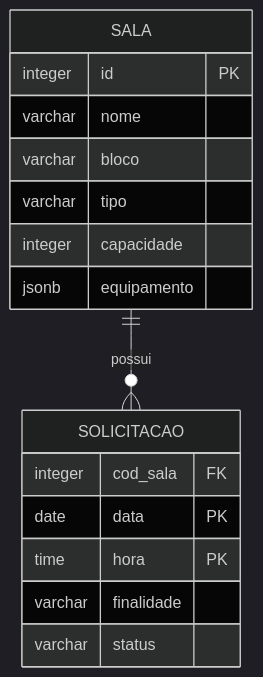
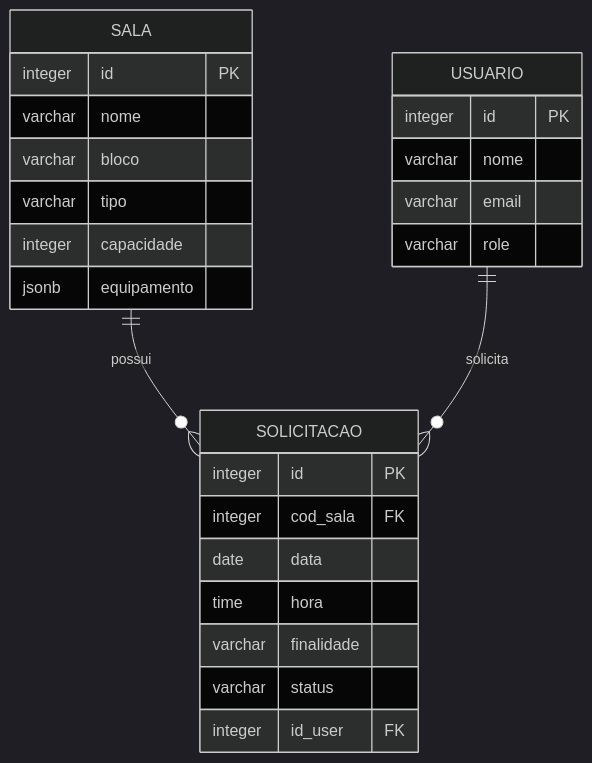
One commit to iago-cardoso8/lp2-clicksala changed the diagram in docs/erd.mmd. Above: the diagram before and after it, drawn with Mermaid (dark theme). The commit also changed 27 other files, not shown here.

```diff
--- a/docs/erd.mmd
+++ b/docs/erd.mmd
@@ -1,17 +1,26 @@
 erDiagram
     SALA {
         integer id PK
         varchar nome
         varchar bloco
         varchar tipo
         integer capacidade
         jsonb equipamento
     }
+    USUARIO {
+        integer id PK
+        varchar nome
+        varchar email
+        varchar role
+    }
     SOLICITACAO {
+        integer id PK
         integer cod_sala FK
-        date data PK
-        time hora PK
+        date data
+        time hora
         varchar finalidade
         varchar status
+        integer id_user FK
     }
     SALA ||--o{ SOLICITACAO : "possui"
+    USUARIO ||--o{ SOLICITACAO : "solicita"
```
